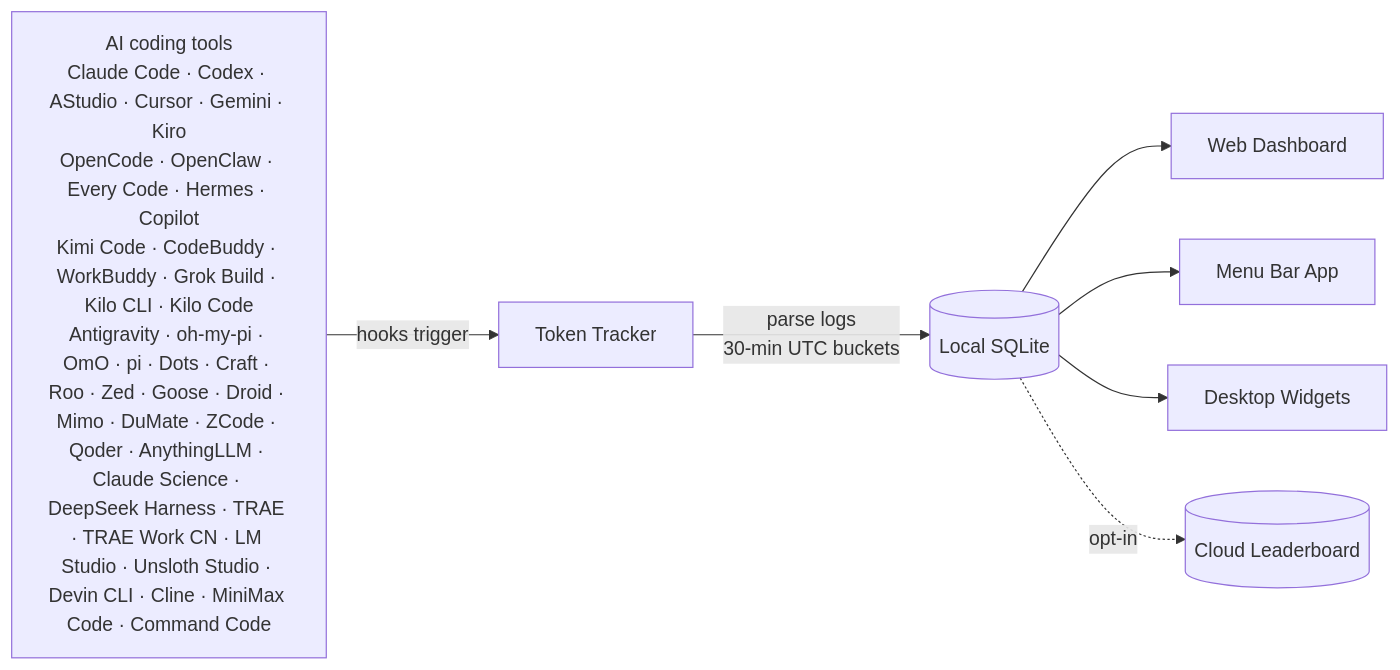
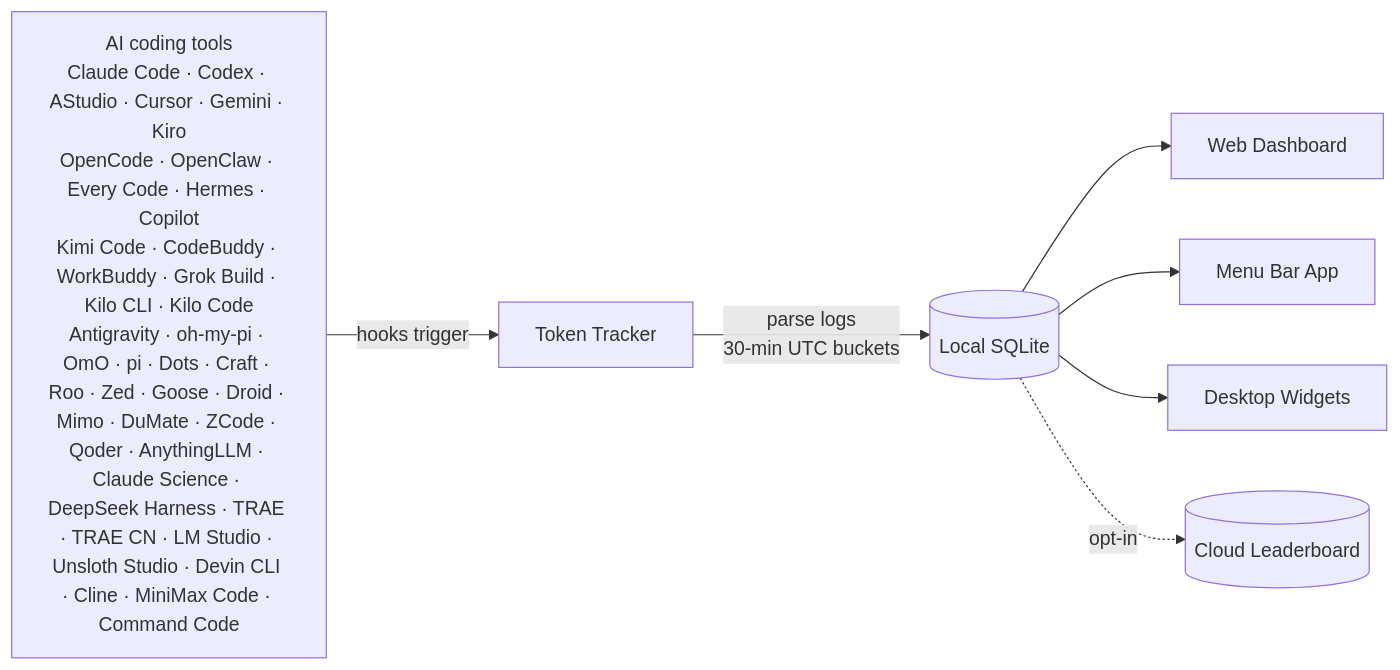
The diagram in README.md (01UNCLEDOG01/TokenTracker-Plus), drawn with Mermaid before and after one commit. The commit also changed other lines of this file and 25 other files, not shown here.

First line of the commit message:
fix(account-view): reprice per-model costs, and rename TRAE Work CN to TRAE CN

````diff
--- a/README.md
+++ b/README.md
@@ -322,10 +322,10 @@
 ```mermaid
 flowchart LR
-    A["AI coding tools<br/>Claude Code · Codex · AStudio · Cursor · Gemini · Kiro<br/>OpenCode · OpenClaw · Every Code · Hermes · Copilot<br/>Kimi Code · CodeBuddy · WorkBuddy · Grok Build · Kilo CLI · Kilo Code<br/>Antigravity · oh-my-pi · OmO · pi · Dots · Craft · Roo · Zed · Goose · Droid · Mimo · DuMate · ZCode · Qoder · AnythingLLM · Claude Science · DeepSeek Harness · TRAE · TRAE Work CN · LM Studio · Unsloth Studio · Devin CLI · Cline · MiniMax Code · Command Code"]
+    A["AI coding tools<br/>Claude Code · Codex · AStudio · Cursor · Gemini · Kiro<br/>OpenCode · OpenClaw · Every Code · Hermes · Copilot<br/>Kimi Code · CodeBuddy · WorkBuddy · Grok Build · Kilo CLI · Kilo Code<br/>Antigravity · oh-my-pi · OmO · pi · Dots · Craft · Roo · Zed · Goose · Droid · Mimo · DuMate · ZCode · Qoder · AnythingLLM · Claude Science · DeepSeek Harness · TRAE · TRAE CN · LM Studio · Unsloth Studio · Devin CLI · Cline · MiniMax Code · Command Code"]
     A -->|hooks trigger| B[Token Tracker]
     B -->|parse logs<br/>30-min UTC buckets| C[(Local SQLite)]
     C --> D[Web Dashboard]
     C --> E[Menu Bar App]
     C --> F[Desktop Widgets]
     C -.->|opt-in| G[(Cloud Leaderboard)]
 ```
````
